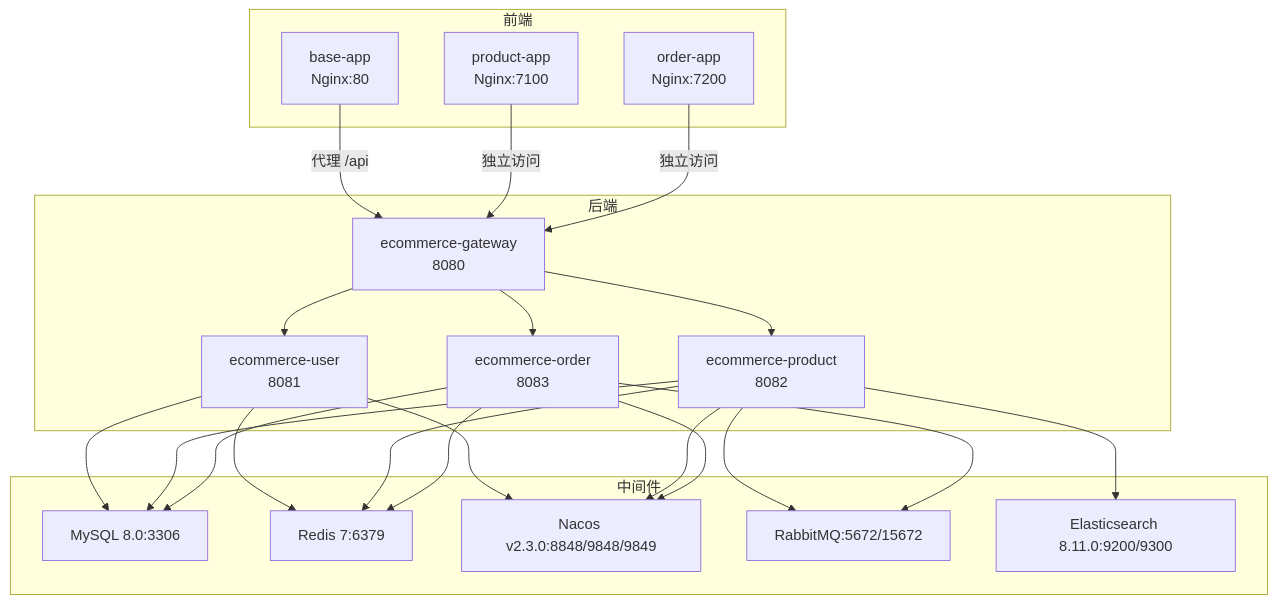
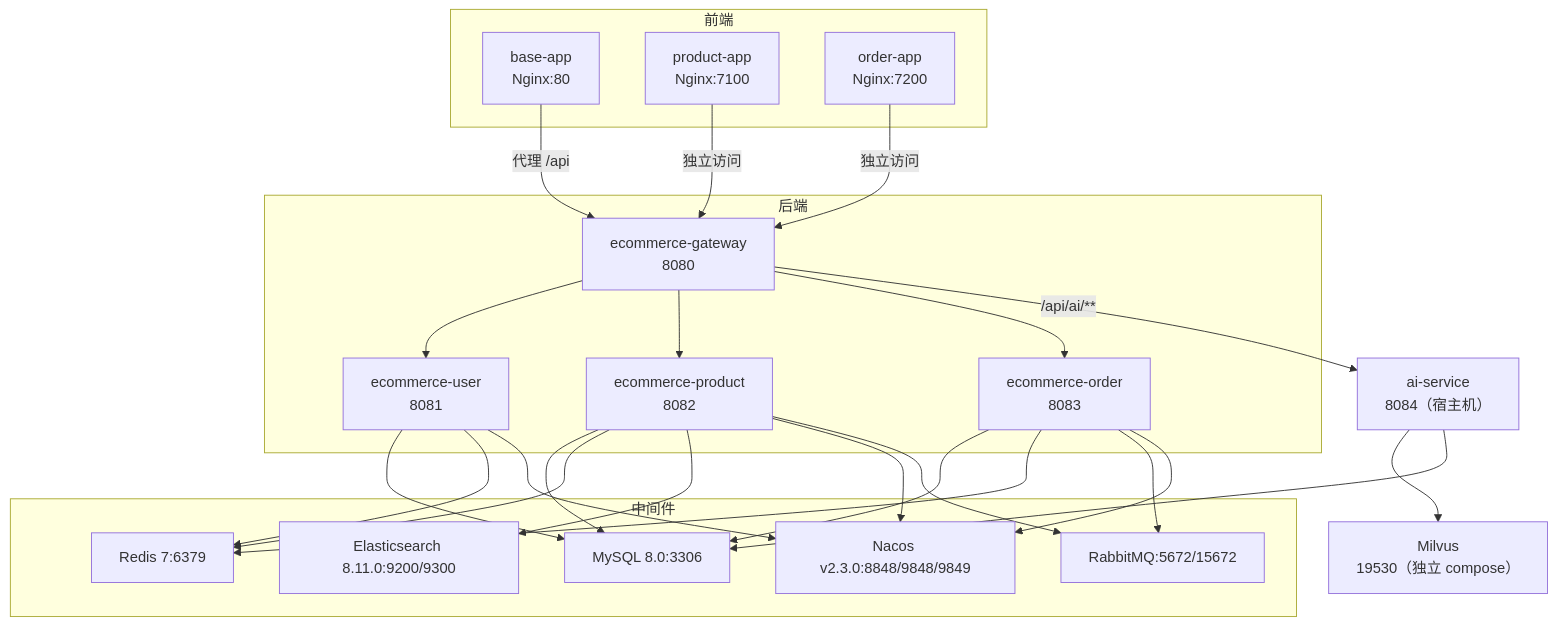
The first of 5 diagrams in .qoder/repowiki/zh/content/部署与运维/部署与运维.md (haohailiang/qoder-fullstack), drawn with Mermaid before and after one commit. The commit also changed other lines of this file and 33 other files, not shown here.

````diff
--- a/.qoder/repowiki/zh/content/部署与运维/部署与运维.md
+++ b/.qoder/repowiki/zh/content/部署与运维/部署与运维.md
@@ -39,39 +43,42 @@
 ```mermaid
 graph TB
 subgraph "前端"
 FE_BASE["base-app<br/>Nginx:80"]
 FE_PRODUCT["product-app<br/>Nginx:7100"]
 FE_ORDER["order-app<br/>Nginx:7200"]
 end
 subgraph "后端"
 GW["ecommerce-gateway<br/>8080"]
 USER["ecommerce-user<br/>8081"]
 PRODUCT["ecommerce-product<br/>8082"]
 ORDER["ecommerce-order<br/>8083"]
 end
 subgraph "中间件"
 MYSQL["MySQL 8.0:3306"]
 REDIS["Redis 7:6379"]
 NACOS["Nacos v2.3.0:8848/9848/9849"]
 MQ["RabbitMQ:5672/15672"]
 ES["Elasticsearch 8.11.0:9200/9300"]
 end
 FE_BASE --> |代理 /api| GW
 FE_PRODUCT --> |独立访问| GW
 FE_ORDER --> |独立访问| GW
 GW --> USER
 GW --> PRODUCT
 GW --> ORDER
 USER --> MYSQL
 USER --> REDIS
 USER --> NACOS
 PRODUCT --> MYSQL
 PRODUCT --> REDIS
 PRODUCT --> ES
 PRODUCT --> NACOS
 PRODUCT --> MQ
 ORDER --> MYSQL
 ORDER --> REDIS
 ORDER --> MQ
 ORDER --> NACOS
+AI["ai-service<br/>8084（宿主机）"] --> MV["Milvus<br/>19530（独立 compose）"]
+AI --> MYSQL
+GW --> |"/api/ai/**"| AI
 ```
````
